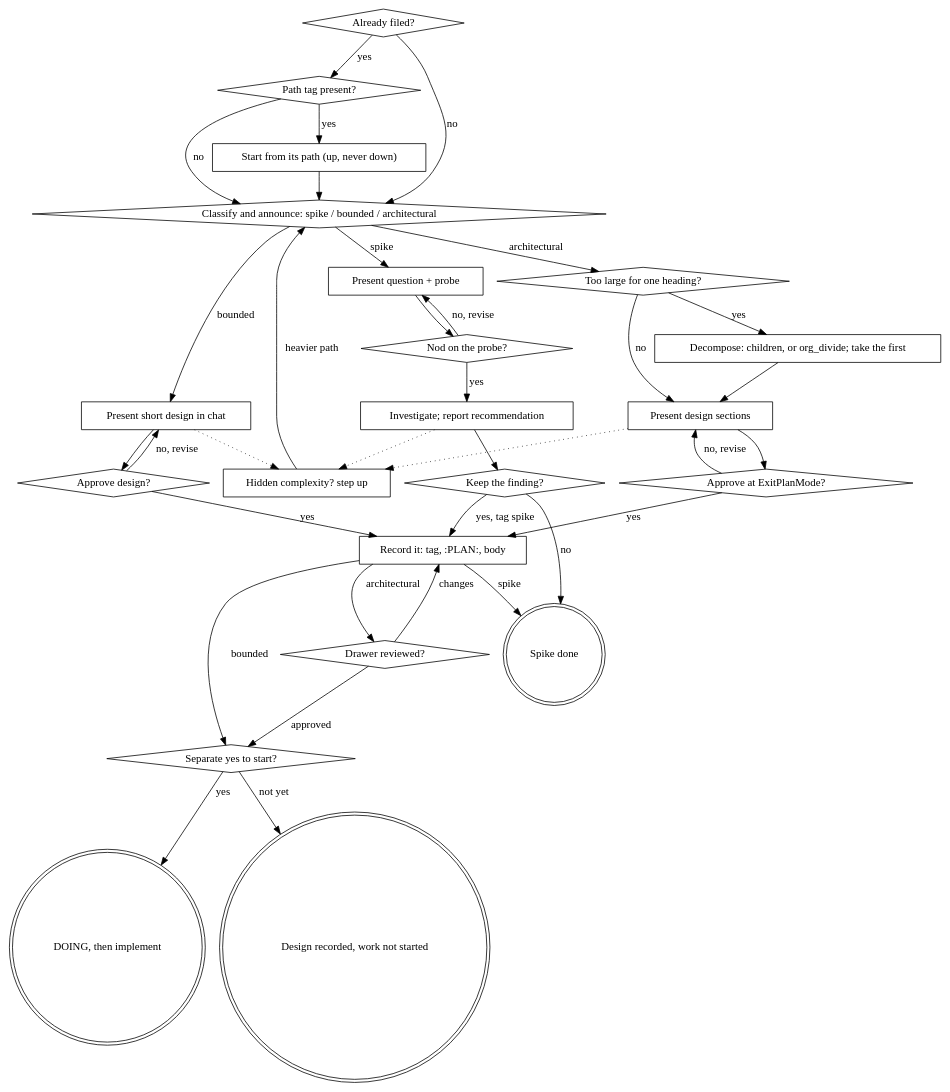
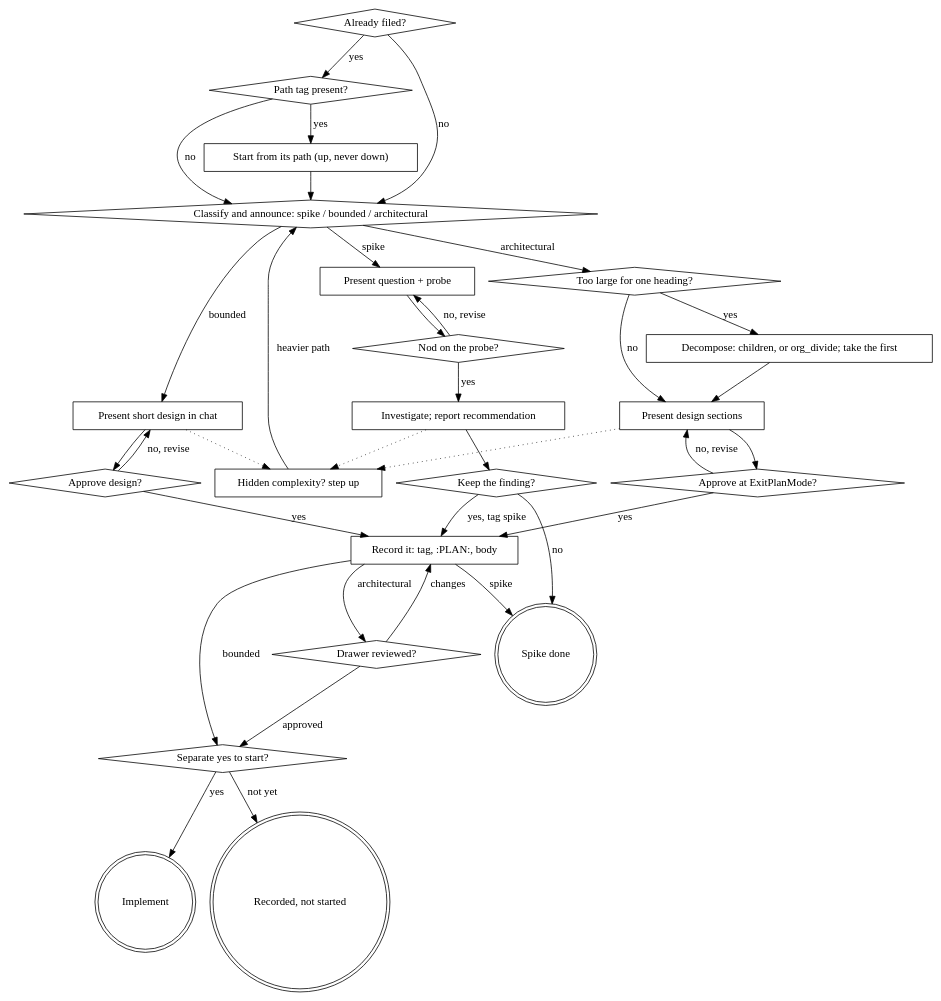
The diagram in skills/brainstorming/SKILL.md (nbest937/claude-code-ide-org.el), drawn with Graphviz before and after one commit. The commit also changed other lines of this file and 2 other files, not shown here.

Commit message:
brainstorming: shorter terminal labels, a provenance line, and a render of the adapted flow
- The two terminal nodes read "Implement" and "Recorded, not started",
  so a double circle no longer swells to fit a long label.
- SKILL.md gains one italic line: inspired by and derived from
  obra/superpowers' brainstorming (v6.4.1), adapted to the org skill's
  tracker and conventions, and governing where the two differ.
- brainstorming-process-flow-adapted.html renders the adapted Process
  Flow with Graphviz 16.1.0, in the same page style and node colours as
  the user's upstream rendering, credited as inspired by and derived from
  upstream. It parses cleanly: 21 nodes, 34 edges.
- The README says which page shows which flow, and now also opens
  "inspired by and derived from".

Claude-Session: https://claude.ai/code/session_01YLqkvthUNUrcZP9ChRj3WM

````diff
--- a/skills/brainstorming/SKILL.md
+++ b/skills/brainstorming/SKILL.md
@@ -184,71 +189,71 @@
 ```dot
 digraph brainstorming {
     "Already filed?" [shape=diamond];
     "Path tag present?" [shape=diamond];
     "Start from its path (up, never down)" [shape=box];
     "Classify and announce: spike / bounded / architectural" [shape=diamond];
 
     "Present question + probe" [shape=box];
     "Nod on the probe?" [shape=diamond];
     "Investigate; report recommendation" [shape=box];
     "Keep the finding?" [shape=diamond];
     "Spike done" [shape=doublecircle];
 
     "Present short design in chat" [shape=box];
     "Approve design?" [shape=diamond];
 
     "Too large for one heading?" [shape=diamond];
     "Decompose: children, or org_divide; take the first" [shape=box];
     "Present design sections" [shape=box];
     "Approve at ExitPlanMode?" [shape=diamond];
     "Drawer reviewed?" [shape=diamond];
 
     "Record it: tag, :PLAN:, body" [shape=box];
     "Separate yes to start?" [shape=diamond];
-    "DOING, then implement" [shape=doublecircle];
-    "Design recorded, work not started" [shape=doublecircle];
+    "Implement" [shape=doublecircle];
+    "Recorded, not started" [shape=doublecircle];
 
     "Hidden complexity? step up" [shape=box];
 
     "Already filed?" -> "Path tag present?" [label="yes"];
     "Already filed?" -> "Classify and announce: spike / bounded / architectural" [label="no"];
     "Path tag present?" -> "Start from its path (up, never down)" [label="yes"];
     "Path tag present?" -> "Classify and announce: spike / bounded / architectural" [label="no"];
     "Start from its path (up, never down)" -> "Classify and announce: spike / bounded / architectural";
 
     "Classify and announce: spike / bounded / architectural" -> "Present question + probe" [label="spike"];
     "Classify and announce: spike / bounded / architectural" -> "Present short design in chat" [label="bounded"];
     "Classify and announce: spike / bounded / architectural" -> "Too large for one heading?" [label="architectural"];
 
     "Present question + probe" -> "Nod on the probe?";
     "Nod on the probe?" -> "Present question + probe" [label="no, revise"];
     "Nod on the probe?" -> "Investigate; report recommendation" [label="yes"];
     "Investigate; report recommendation" -> "Keep the finding?";
     "Keep the finding?" -> "Spike done" [label="no"];
     "Keep the finding?" -> "Record it: tag, :PLAN:, body" [label="yes, tag spike"];
 
     "Present short design in chat" -> "Approve design?";
     "Approve design?" -> "Present short design in chat" [label="no, revise"];
     "Approve design?" -> "Record it: tag, :PLAN:, body" [label="yes"];
 
     "Too large for one heading?" -> "Decompose: children, or org_divide; take the first" [label="yes"];
     "Decompose: children, or org_divide; take the first" -> "Present design sections";
     "Too large for one heading?" -> "Present design sections" [label="no"];
     "Present design sections" -> "Approve at ExitPlanMode?";
     "Approve at ExitPlanMode?" -> "Present design sections" [label="no, revise"];
     "Approve at ExitPlanMode?" -> "Record it: tag, :PLAN:, body" [label="yes"];
     "Record it: tag, :PLAN:, body" -> "Drawer reviewed?" [label="architectural"];
     "Drawer reviewed?" -> "Record it: tag, :PLAN:, body" [label="changes"];
     "Drawer reviewed?" -> "Separate yes to start?" [label="approved"];
     "Record it: tag, :PLAN:, body" -> "Separate yes to start?" [label="bounded"];
     "Record it: tag, :PLAN:, body" -> "Spike done" [label="spike"];
 
-    "Separate yes to start?" -> "DOING, then implement" [label="yes"];
-    "Separate yes to start?" -> "Design recorded, work not started" [label="not yet"];
+    "Separate yes to start?" -> "Implement" [label="yes"];
+    "Separate yes to start?" -> "Recorded, not started" [label="not yet"];
 
     "Investigate; report recommendation" -> "Hidden complexity? step up" [style=dotted];
     "Present short design in chat" -> "Hidden complexity? step up" [style=dotted];
     "Present design sections" -> "Hidden complexity? step up" [style=dotted];
     "Hidden complexity? step up" -> "Classify and announce: spike / bounded / architectural" [label="heavier path"];
 }
 ```
````
